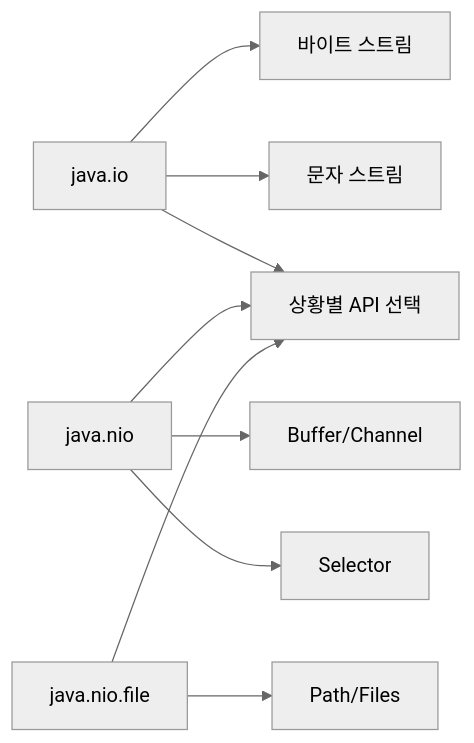
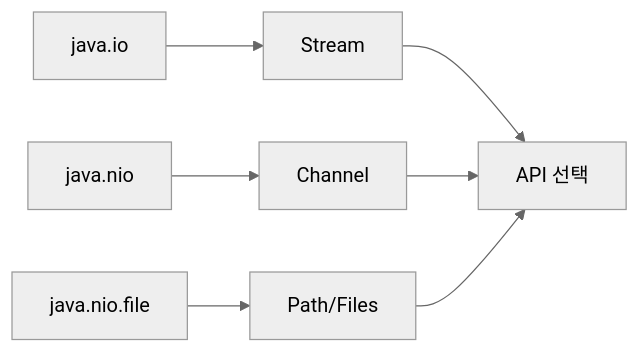
One commit to yjkim2015/yjkim2015.github.io changed diagram 11 of 11 in _posts/java/2026-05-01-java-io.md. Above: the diagram before and after it, drawn with Mermaid (neutral theme). The commit also changed other lines of this file and 163 other files, not shown here.

First line of the commit message:
Mermaid 300개 블록 내용 축소: 5노드 5엣지 이하, 의미 있는 약어

````diff
--- a/_posts/java/2026-05-01-java-io.md
+++ b/_posts/java/2026-05-01-java-io.md
@@ -837,7 +829,7 @@
 ```mermaid
 graph LR
-    IO["java.io"] --> BS["바이트 스트림"] & CS["문자 스트림"]
-    NIO["java.nio"] --> BUF["Buffer/Channel"] & SEL["Selector"]
+    IO["java.io"] --> BS["Stream"]
+    NIO["java.nio"] --> CH["Channel"]
     NF["java.nio.file"] --> PF["Path/Files"]
-    IO & NIO & NF --> GUIDE["상황별 API 선택"]
+    BS & CH & PF --> GUIDE["API 선택"]
 ```
````
